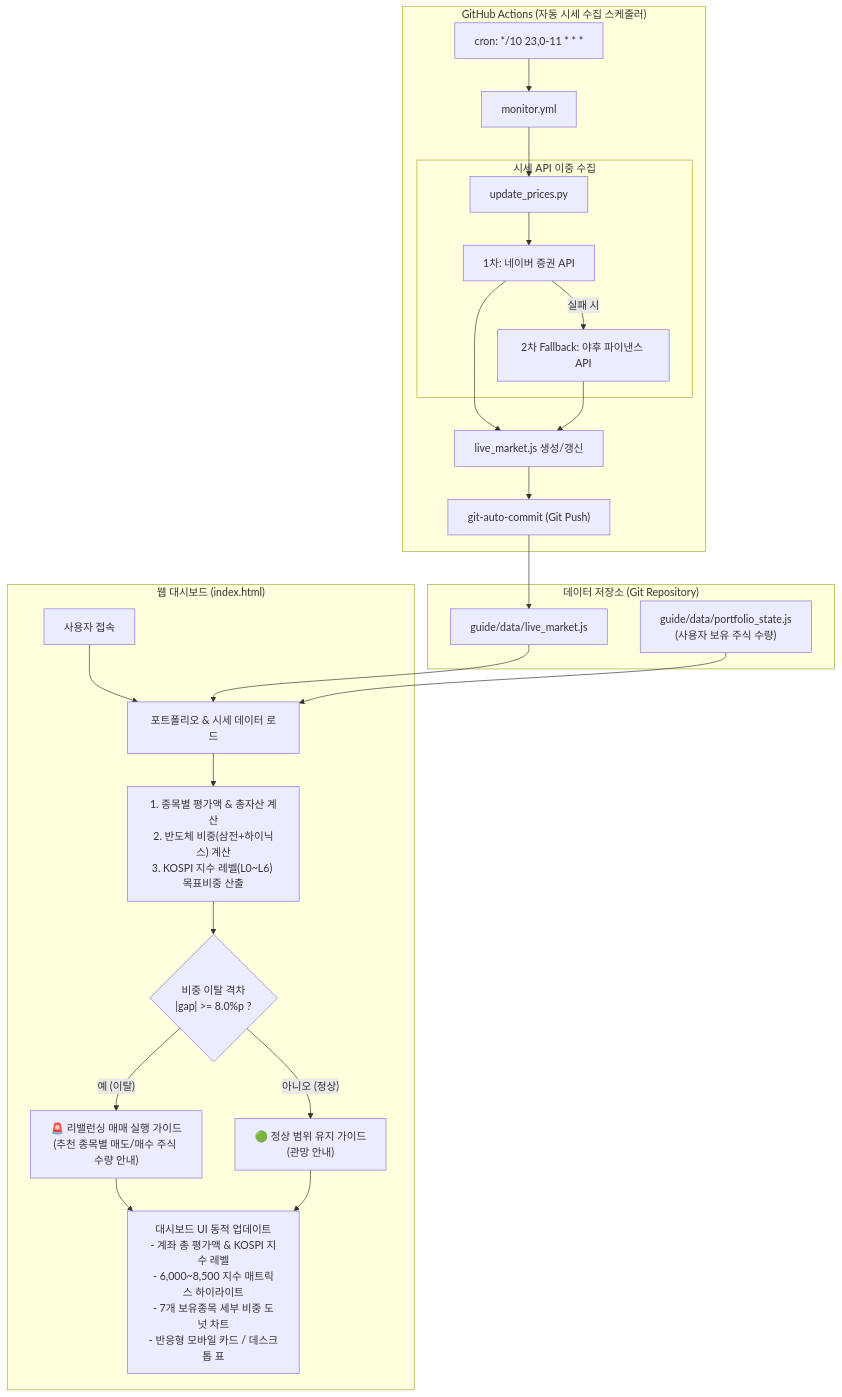
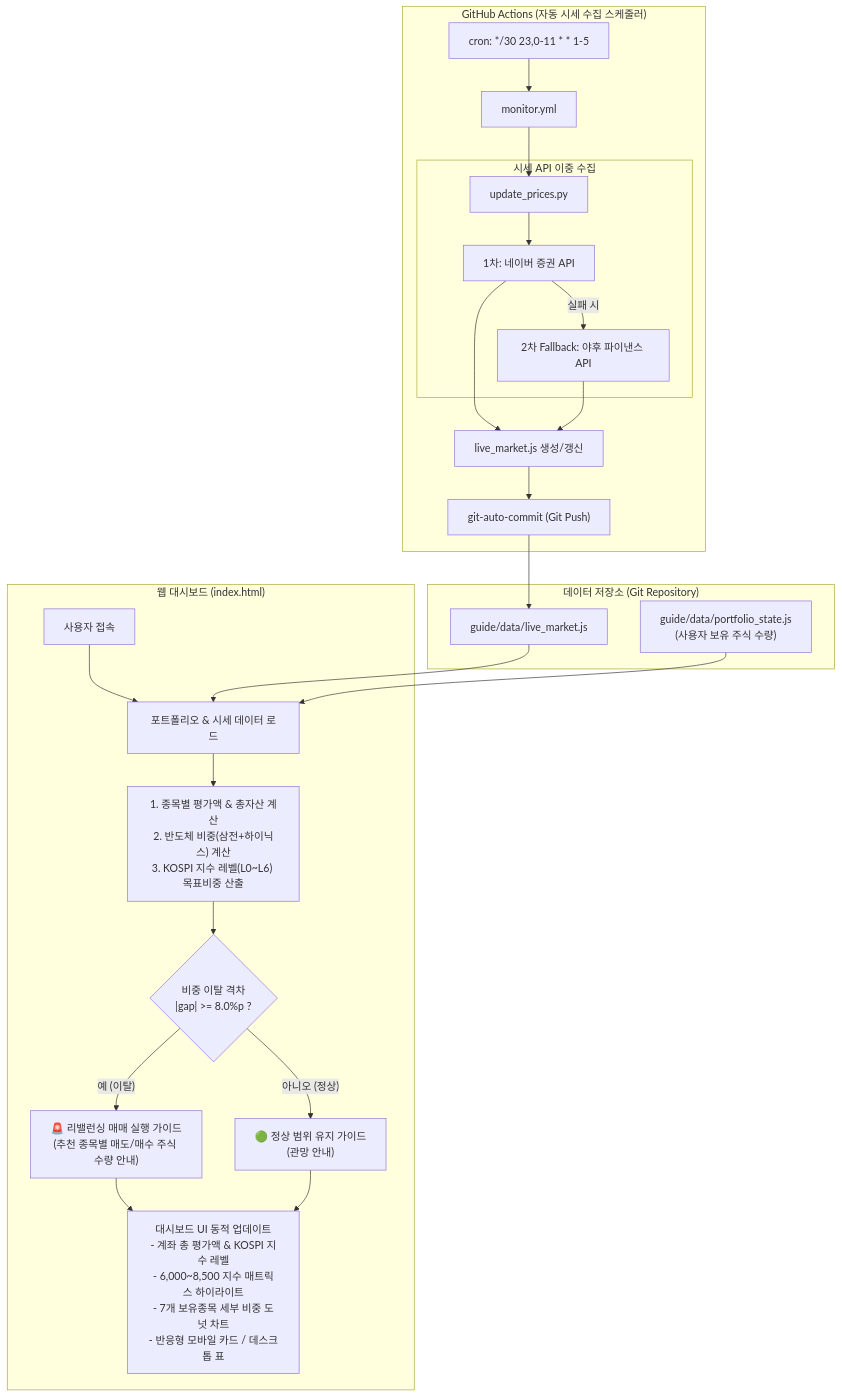
Before and after one commit to insford/my-stock: the diagram in README.md, drawn with Mermaid. The commit also changed other lines of this file and 5 other files, not shown here.

````diff
--- a/README.md
+++ b/README.md
@@ -11,36 +11,36 @@
 ```mermaid
 flowchart TD
     subgraph GitHub_Actions["GitHub Actions (자동 시세 수집 스케줄러)"]
-        CRON["cron: */10 23,0-11 * * *"] --> WORKFLOW["monitor.yml"]
+        CRON["cron: */30 23,0-11 * * 1-5"] --> WORKFLOW["monitor.yml"]
         WORKFLOW --> UPDATER["update_prices.py"]
         
         subgraph Market_API["시세 API 이중 수집"]
             UPDATER --> NAVER["1차: 네이버 증권 API"]
             NAVER -- "실패 시" --> YAHOO["2차 Fallback: 야후 파이낸스 API"]
         end
         
         NAVER --> JS_SAVE["live_market.js 생성/갱신"]
         YAHOO --> JS_SAVE
         JS_SAVE --> GIT_PUSH["git-auto-commit (Git Push)"]
     end
 
     subgraph Data_Storage["데이터 저장소 (Git Repository)"]
         GIT_PUSH --> DATA_MARKET["guide/data/live_market.js"]
         DATA_HOLDINGS["guide/data/portfolio_state.js\n(사용자 보유 주식 수량)"]
     end
 
     subgraph Web_Dashboard["웹 대시보드 (index.html)"]
         CLIENT["사용자 접속"] --> FETCH_DATA["포트폴리오 & 시세 데이터 로드"]
         DATA_MARKET --> FETCH_DATA
         DATA_HOLDINGS --> FETCH_DATA
         
         FETCH_DATA --> CALC["1. 종목별 평가액 & 총자산 계산\n2. 반도체 비중(삼전+하이닉스) 계산\n3. KOSPI 지수 레벨(L0~L6) 목표비중 산출"]
         CALC --> GAP_CHECK{"비중 이탈 격차\n|gap| >= 8.0%p ?"}
         
         GAP_CHECK -- "예 (이탈)" --> REBAL_ALERT["🚨 리밸런싱 매매 실행 가이드\n(추천 종목별 매도/매수 주식 수량 안내)"]
         GAP_CHECK -- "아니오 (정상)" --> NORMAL_CARD["🟢 정상 범위 유지 가이드\n(관망 안내)"]
         
         REBAL_ALERT --> UI["대시보드 UI 동적 업데이트\n- 계좌 총 평가액 & KOSPI 지수 레벨\n- 6,000~8,500 지수 매트릭스 하이라이트\n- 7개 보유종목 세부 비중 도넛 차트\n- 반응형 모바일 카드 / 데스크톱 표"]
         NORMAL_CARD --> UI
     end
 ```
````
